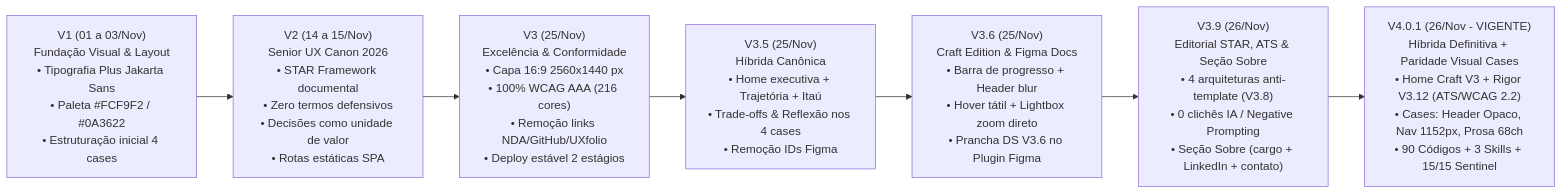
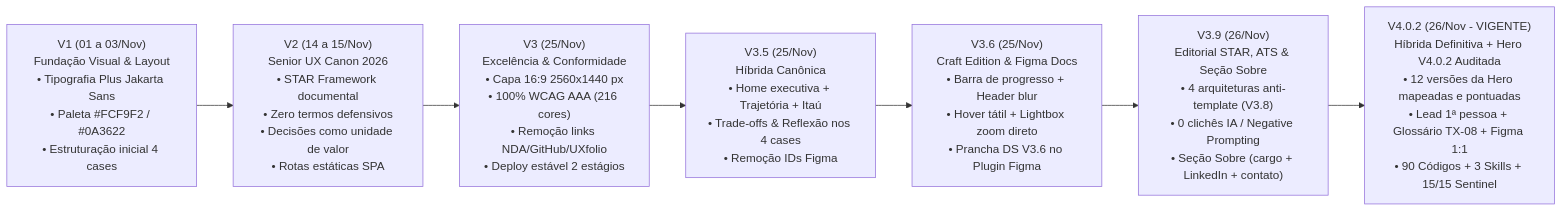
The diagram in docs/INDEX_GOVERNANCA_E_DECISOES.md (israelfull-commits/portfolio), drawn with Mermaid before and after one commit. The commit also changed other lines of this file and 4 other files, not shown here.

Commit message:
feat(v4.0.2): full Home Hero audit (12 versions), TX-01/TX-06/TX-08 Lead fix, Figma & plugin 1:1 sync

````diff
--- a/docs/INDEX_GOVERNANCA_E_DECISOES.md
+++ b/docs/INDEX_GOVERNANCA_E_DECISOES.md
@@ -15,11 +15,11 @@
 ```mermaid
 flowchart LR
     V1["V1 (01 a 03/Nov)<br>Fundação Visual & Layout<br>• Tipografia Plus Jakarta Sans<br>• Paleta #FCF9F2 / #0A3622<br>• Estruturação inicial 4 cases"]
     V2["V2 (14 a 15/Nov)<br>Senior UX Canon 2026<br>• STAR Framework documental<br>• Zero termos defensivos<br>• Decisões como unidade de valor<br>• Rotas estáticas SPA"]
     V3["V3 (25/Nov)<br>Excelência & Conformidade<br>• Capa 16:9 2560x1440 px<br>• 100% WCAG AAA (216 cores)<br>• Remoção links NDA/GitHub/UXfolio<br>• Deploy estável 2 estágios"]
     V35["V3.5 (25/Nov)<br>Híbrida Canônica<br>• Home executiva + Trajetória + Itaú<br>• Trade-offs & Reflexão nos 4 cases<br>• Remoção IDs Figma"]
     V36["V3.6 (25/Nov)<br>Craft Edition & Figma Docs<br>• Barra de progresso + Header blur<br>• Hover tátil + Lightbox zoom direto<br>• Prancha DS V3.6 no Plugin Figma"]
     V39["V3.9 (26/Nov)<br>Editorial STAR, ATS & Seção Sobre<br>• 4 arquiteturas anti-template (V3.8)<br>• 0 clichês IA / Negative Prompting<br>• Seção Sobre (cargo + LinkedIn + contato)"]
-    V310["V4.0.1 (26/Nov - VIGENTE)<br>Híbrida Definitiva + Paridade Visual Cases<br>• Home Craft V3 + Rigor V3.12 (ATS/WCAG 2.2)<br>• Cases: Header Opaco, Nav 1152px, Prosa 68ch<br>• 90 Códigos + 3 Skills + 15/15 Sentinel"]
+    V310["V4.0.2 (26/Nov - VIGENTE)<br>Híbrida Definitiva + Hero V4.0.2 Auditada<br>• 12 versões da Hero mapeadas e pontuadas<br>• Lead 1ª pessoa + Glossário TX-08 + Figma 1:1<br>• 90 Códigos + 3 Skills + 15/15 Sentinel"]
     V1 --> V2 --> V3 --> V35 --> V36 --> V39 --> V310
 ```
````
